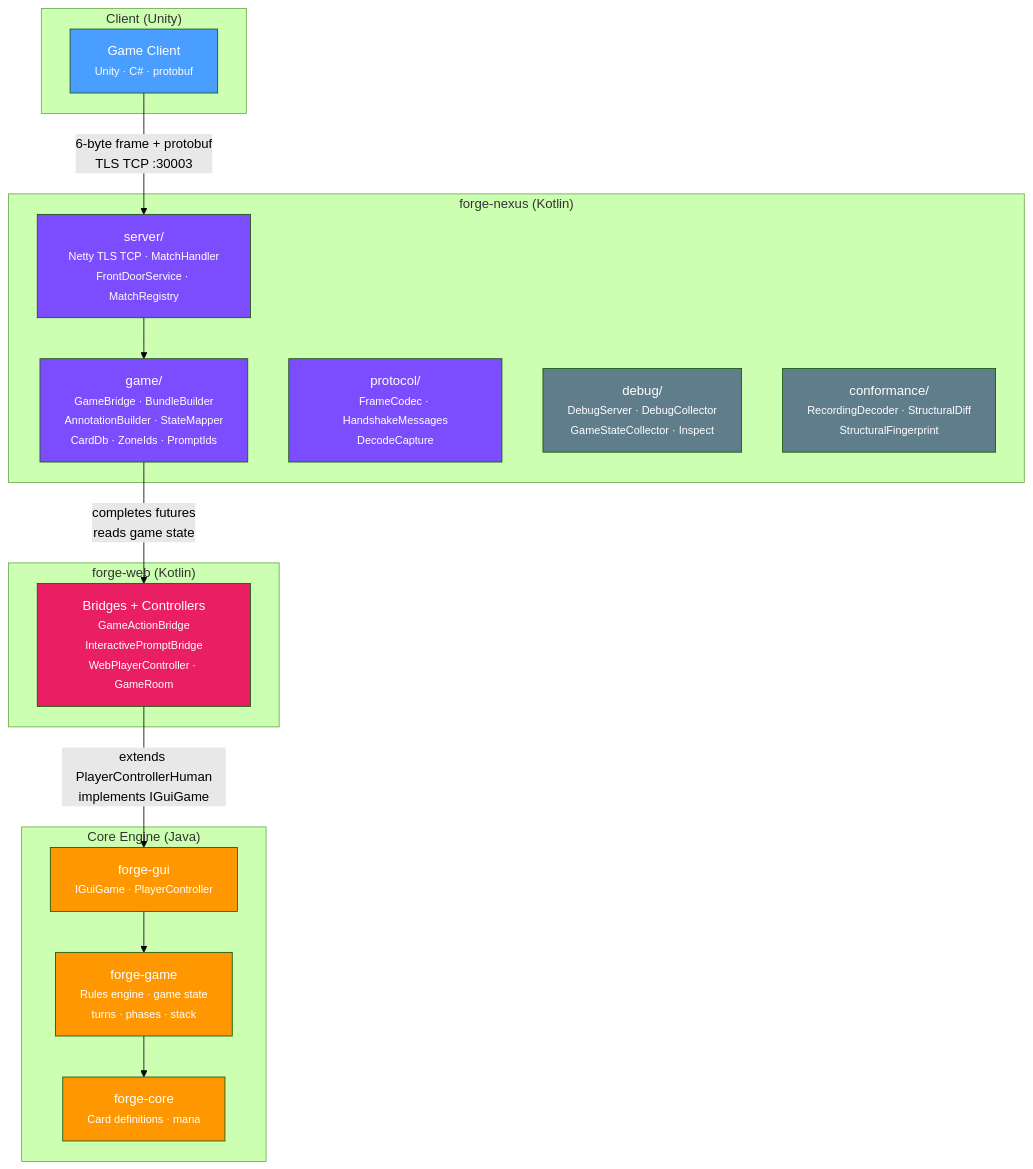
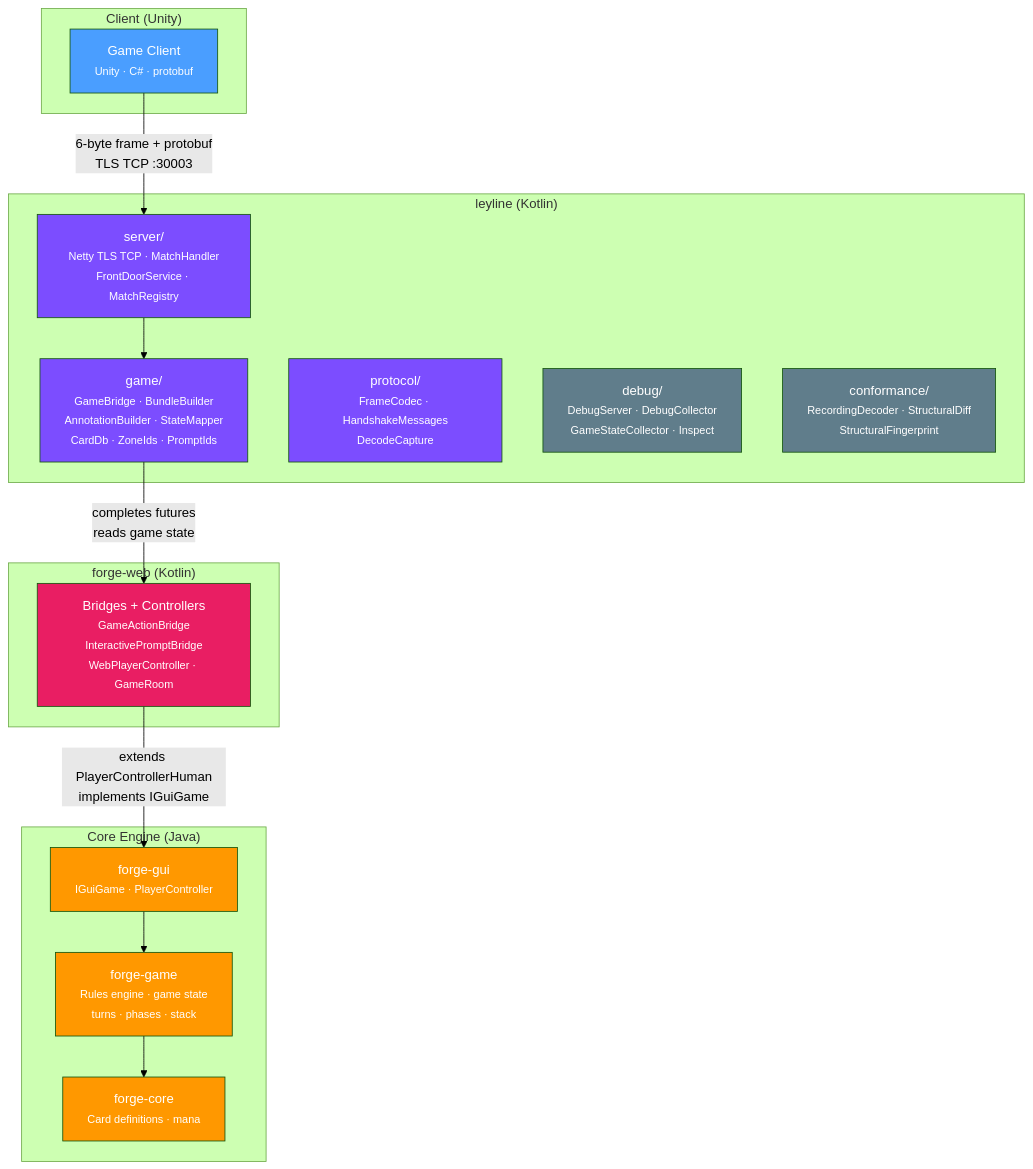
Before and after one commit to delebedev/leyline: the first of 4 diagrams in docs/architecture.md, drawn with Mermaid (forest theme). The commit also changed other lines of this file and 30 other files, not shown here.

````diff
--- a/docs/architecture.md
+++ b/docs/architecture.md
@@ -11,42 +11,42 @@
 ```mermaid
 graph TB
     subgraph "Client (Unity)"
         ARENA["Game Client<br/><small>Unity · C# · protobuf</small>"]
     end
 
-    subgraph "forge-nexus (Kotlin)"
+    subgraph "leyline (Kotlin)"
         SRV["server/<br/><small>Netty TLS TCP · MatchHandler<br/>FrontDoorService · MatchRegistry</small>"]
         GAME_PKG["game/<br/><small>GameBridge · BundleBuilder<br/>AnnotationBuilder · StateMapper<br/>CardDb · ZoneIds · PromptIds</small>"]
         PROTO["protocol/<br/><small>FrameCodec · HandshakeMessages<br/>DecodeCapture</small>"]
         DEBUG["debug/<br/><small>DebugServer · DebugCollector<br/>GameStateCollector · Inspect</small>"]
         CONF["conformance/<br/><small>RecordingDecoder · StructuralDiff<br/>StructuralFingerprint</small>"]
     end
 
     subgraph "forge-web (Kotlin)"
         WEB["Bridges + Controllers<br/><small>GameActionBridge<br/>InteractivePromptBridge<br/>WebPlayerController · GameRoom</small>"]
     end
 
     subgraph "Core Engine (Java)"
         GUI["forge-gui<br/><small>IGuiGame · PlayerController</small>"]
         GAME_ENG["forge-game<br/><small>Rules engine · game state<br/>turns · phases · stack</small>"]
         CORE["forge-core<br/><small>Card definitions · mana</small>"]
     end
 
     ARENA -- "6-byte frame + protobuf<br/>TLS TCP :30003" --> SRV
     SRV --> GAME_PKG
     GAME_PKG -- "completes futures<br/>reads game state" --> WEB
     WEB -- "extends PlayerControllerHuman<br/>implements IGuiGame" --> GUI
     GUI --> GAME_ENG
     GAME_ENG --> CORE
 
     style ARENA fill:#4a9eff,color:#fff
     style SRV fill:#7c4dff,color:#fff
     style GAME_PKG fill:#7c4dff,color:#fff
     style PROTO fill:#7c4dff,color:#fff
     style DEBUG fill:#607d8b,color:#fff
     style CONF fill:#607d8b,color:#fff
     style WEB fill:#e91e63,color:#fff
     style GUI fill:#ff9800,color:#fff
     style GAME_ENG fill:#ff9800,color:#fff
     style CORE fill:#ff9800,color:#fff
 ```
````
